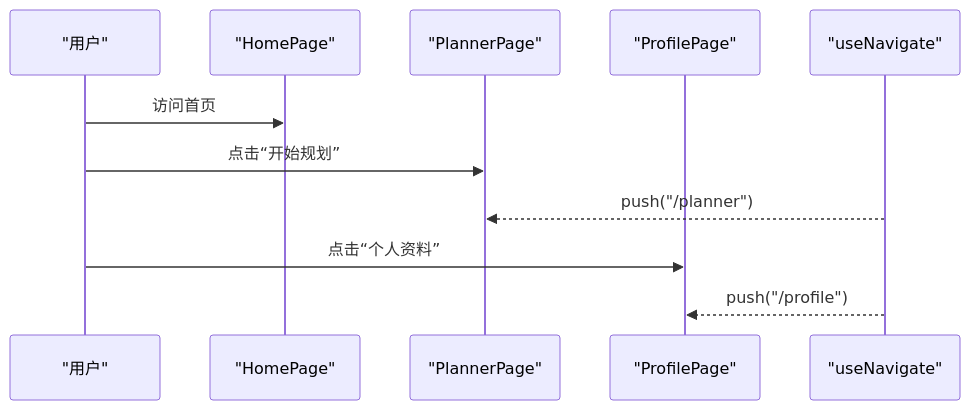
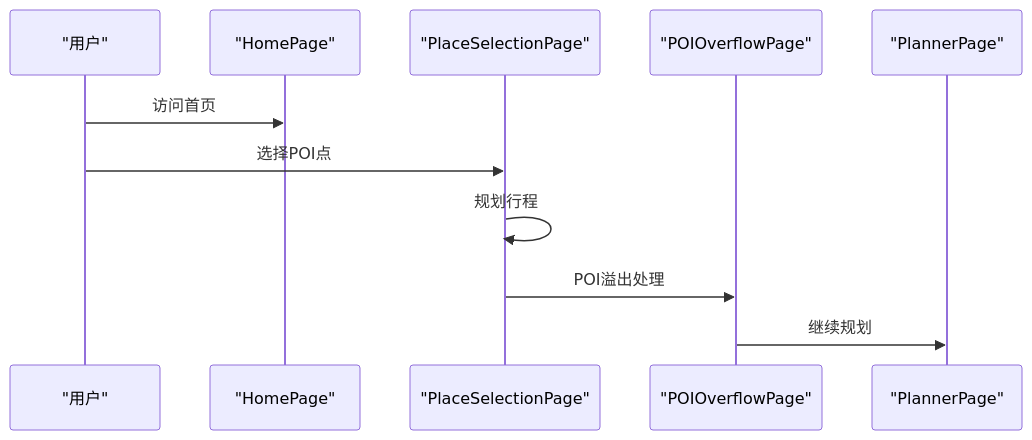
One commit to ititjjy/AITrip-plan changed the third of 8 diagrams in .qoder/repowiki/zh/content/前端架构/路由与导航.md. Above: the diagram before and after it, drawn with Mermaid. The commit also changed other lines of this file and 144 other files, not shown here.

````diff
--- a/.qoder/repowiki/zh/content/前端架构/路由与导航.md
+++ b/.qoder/repowiki/zh/content/前端架构/路由与导航.md
@@ -126,13 +150,13 @@
 ```mermaid
 sequenceDiagram
 participant U as "用户"
 participant HP as "HomePage"
-participant PP as "PlannerPage"
-participant PRP as "ProfilePage"
-participant NAV as "useNavigate"
+participant PS as "PlaceSelectionPage"
+participant PO as "POIOverflowPage"
+participant PL as "PlannerPage"
 U->>HP : 访问首页
-U->>PP : 点击“开始规划”
-NAV-->>PP : push("/planner")
-U->>PRP : 点击“个人资料”
-NAV-->>PRP : push("/profile")
+U->>PS : 选择POI点
+PS->>PS : 规划行程
+PS->>PO : POI溢出处理
+PO->>PL : 继续规划
 ```
````
